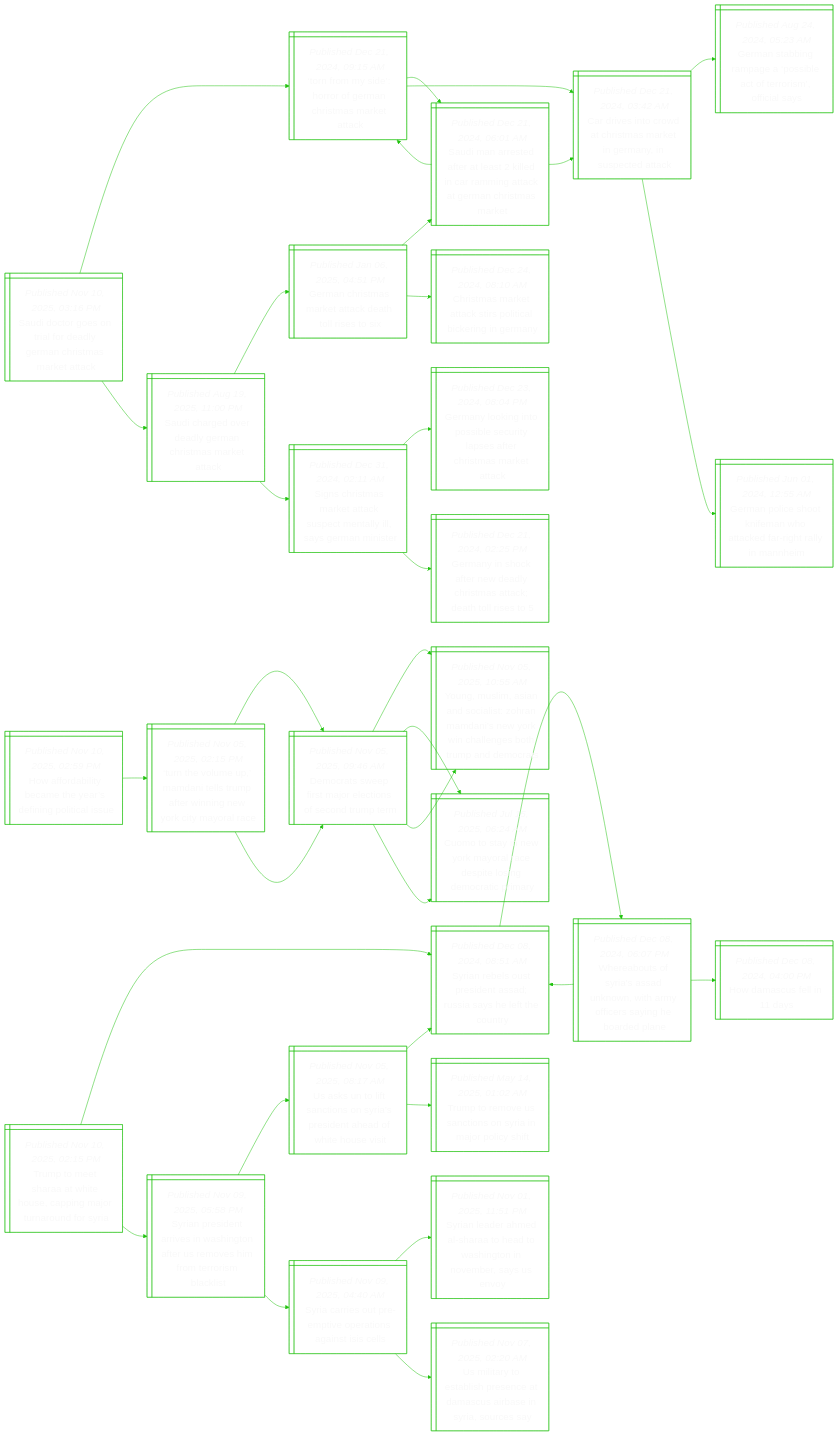
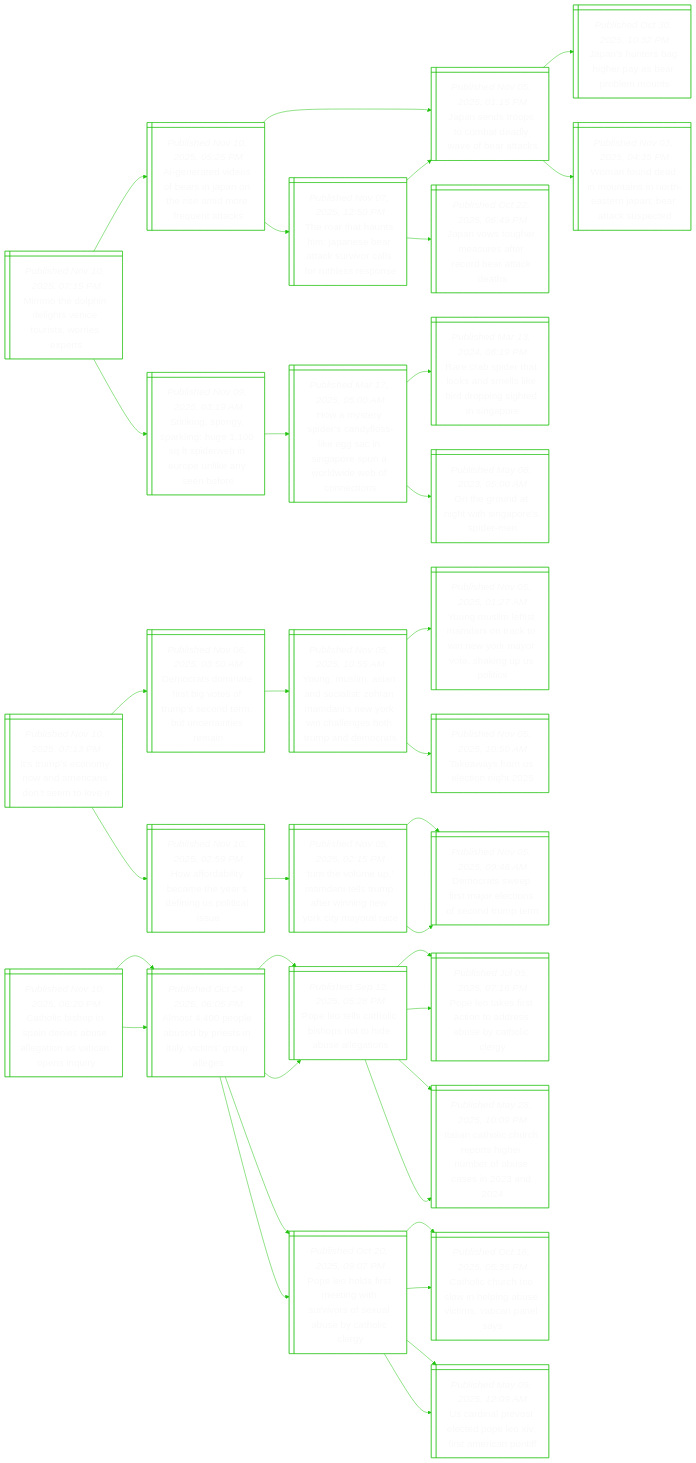
The diagram in README.md (notJmes/notJmes), drawn with Mermaid before and after one commit. The commit also changed other lines of this file, not shown here.

````diff
--- a/README.md
+++ b/README.md
@@ -16,112 +16,115 @@
 flowchart LR
 classDef txtsize font-size:20px;
 
-Sdroadyaisea@{ shape: win-pane, label: "_Published Nov 10, 2025, 03:16 PM_
-Saudi doctor goes on trial for deadly german christmas market attack" }
-Trsoomrakt@{ shape: win-pane, label: "_Published Dec 21, 2024, 09:15 AM_
-‘torn from my side’: horror of german christmas market attack" }
-SmrdralnagceCta@{ shape: win-pane, label: "_Published Dec 21, 2024, 06:01 AM_
-Saudi man arrested after at least 2 killed in car ramming attack at german christmas market" }
-CinoCtaimneak@{ shape: win-pane, label: "_Published Dec 21, 2024, 03:42 AM_
-Car drives into crowd at christmas market in germany, in suspected attack" }
-Trsoomrakt@{ shape: win-pane, label: "_Published Dec 21, 2024, 09:15 AM_
-‘torn from my side’: horror of german christmas market attack" }
-CinoCtaimneak@{ shape: win-pane, label: "_Published Dec 21, 2024, 03:42 AM_
-Car drives into crowd at christmas market in germany, in suspected attack" }
-Gnbaesatrfas@{ shape: win-pane, label: "_Published Aug 24, 2024, 05:23 AM_
-German stabbing rampage a ‘possible act of terrorism’, official says" }
-Gncofwtdianh@{ shape: win-pane, label: "_Published Jun 01, 2024, 12:55 AM_
-German police shoot knifeman who attacked far-right rally in mannheim" }
-Scerlmrakt@{ shape: win-pane, label: "_Published Aug 19, 2025, 11:00 PM_
-Saudi charged over deadly german christmas market attack" }
-Gnsmtctlsx@{ shape: win-pane, label: "_Published Jan 06, 2025, 04:51 PM_
-German christmas market attack death toll rises to six" }
-SmrdralnagceCta@{ shape: win-pane, label: "_Published Dec 21, 2024, 06:01 AM_
-Saudi man arrested after at least 2 killed in car ramming attack at german christmas market" }
-Ctaakstbrna@{ shape: win-pane, label: "_Published Dec 24, 2024, 08:10 AM_
-Christmas market attack stirs political bickering in germany" }
-SCtaakenyarie@{ shape: win-pane, label: "_Published Dec 31, 2024, 02:11 AM_
-Signs christmas market attack suspect mentally ill, says german minister" }
-GnknseraaCtaak@{ shape: win-pane, label: "_Published Dec 23, 2024, 08:04 PM_
-Germany looking into possible security lapses after christmas market attack" }
-Gnhfedraaale@{ shape: win-pane, label: "_Published Dec 21, 2024, 02:25 PM_
-Germany in shock after new deadly christmas attack; death toll rises to 5" }
+Mtldhnotrxs@{ shape: win-pane, label: "_Published Nov 10, 2025, 07:15 PM_
+Mimmo the dolphin delights venice tourists, worries experts" }
+Aedoenneaoetc@{ shape: win-pane, label: "_Published Nov 10, 2025, 05:25 PM_
+Ai-generated videos of bears in japan on the rise amid more frequent attacks" }
+Jstsmewfak@{ shape: win-pane, label: "_Published Nov 05, 2025, 01:15 PM_
+Japan sends troops to combat deadly wave of bear attacks" }
+Jsegearlu@{ shape: win-pane, label: "_Published Oct 30, 2025, 10:32 PM_
+Japan’s hunters bag higher pay as bear problem mounts" }
+Wfdntittaetut@{ shape: win-pane, label: "_Published Nov 03, 2025, 04:35 PM_
+Woman found dead in mountains in north-eastern japan; bear attack suspected" }
+TattJeaarrsusp@{ shape: win-pane, label: "_Published Nov 07, 2025, 12:50 PM_
+The roar that haunts him: japanese bear attack survivor calls for ruthless response" }
+Jvorufebtds@{ shape: win-pane, label: "_Published Oct 22, 2025, 06:49 PM_
+Japan vows tougher measures after record bear attack deaths" }
+Jstsmewfak@{ shape: win-pane, label: "_Published Nov 05, 2025, 01:15 PM_
+Japan sends troops to combat deadly wave of bear attacks" }
+Siopigteiolnnr@{ shape: win-pane, label: "_Published Nov 09, 2025, 03:19 AM_
+Stinking, spongy, sparkling: huge 1,100 sq ft spiderweb in europe unlike any seen before" }
+HyyenoksSppoibni@{ shape: win-pane, label: "_Published Mar 17, 2025, 05:00 AM_
+How a mystery spider’s candyfloss-like egg sac in singapore spun a worldwide web of connections" }
+Rrihodledigige@{ shape: win-pane, label: "_Published Mar 13, 2024, 08:19 PM_
+Rare crab spider that looks and smells like bird dropping sighted in singapore" }
+Ogdgtgedn@{ shape: win-pane, label: "_Published May 08, 2023, 05:00 AM_
+On the ground at night with singapore’s spider-men" }
 
-Sdroadyaisea:::txtsize --> Trsoomrakt:::txtsize
-Trsoomrakt:::txtsize --> SmrdralnagceCta:::txtsize
-SmrdralnagceCta:::txtsize --> CinoCtaimneak:::txtsize
-SmrdralnagceCta:::txtsize --> Trsoomrakt:::txtsize
-Trsoomrakt:::txtsize --> CinoCtaimneak:::txtsize
-CinoCtaimneak:::txtsize --> Gnbaesatrfas:::txtsize
-CinoCtaimneak:::txtsize --> Gncofwtdianh:::txtsize
-Sdroadyaisea:::txtsize --> Scerlmrakt:::txtsize
-Scerlmrakt:::txtsize --> Gnsmtctlsx:::txtsize
-Gnsmtctlsx:::txtsize --> SmrdralnagceCta:::txtsize
-Gnsmtctlsx:::txtsize --> Ctaakstbrna:::txtsize
-Scerlmrakt:::txtsize --> SCtaakenyarie:::txtsize
-SCtaakenyarie:::txtsize --> GnknseraaCtaak:::txtsize
-SCtaakenyarie:::txtsize --> Gnhfedraaale:::txtsize
+Mtldhnotrxs:::txtsize --> Aedoenneaoetc:::txtsize
+Aedoenneaoetc:::txtsize --> Jstsmewfak:::txtsize
+Jstsmewfak:::txtsize --> Jsegearlu:::txtsize
+Jstsmewfak:::txtsize --> Wfdntittaetut:::txtsize
+Aedoenneaoetc:::txtsize --> TattJeaarrsusp:::txtsize
+TattJeaarrsusp:::txtsize --> Jvorufebtds:::txtsize
+TattJeaarrsusp:::txtsize --> Jstsmewfak:::txtsize
+Mtldhnotrxs:::txtsize --> Siopigteiolnnr:::txtsize
+Siopigteiolnnr:::txtsize --> HyyenoksSppoibni:::txtsize
+HyyenoksSppoibni:::txtsize --> Rrihodledigige:::txtsize
+HyyenoksSppoibni:::txtsize --> Ogdgtgedn:::txtsize
 
-Hfbymydilau@{ shape: win-pane, label: "_Published Nov 10, 2025, 02:59 PM_
-How affordability became the year’s defining political issue" }
+Iucynrssoi@{ shape: win-pane, label: "_Published Nov 10, 2025, 07:13 PM_
+It’s trump’s economy now and americans don’t seem to love it" }
+Drotsvomcetrte@{ shape: win-pane, label: "_Published Nov 06, 2025, 03:50 AM_
+Democrats dominate first big votes of trump’s second term, but uncertainties remain" }
+YMmnoihaiYilehpea@{ shape: win-pane, label: "_Published Nov 05, 2025, 10:55 AM_
+Young, muslim, asian and socialist: zohran mamdani’s new york win challenges both trump and democrats" }
+YMmimociYaoauoc@{ shape: win-pane, label: "_Published Nov 05, 2025, 01:27 AM_
+Young muslim leftist mamdani on track to win new york mayor vote, shaking up us politics" }
+Twreig@{ shape: win-pane, label: "_Published Nov 05, 2025, 10:50 AM_
+Takeaways from us election night 2025" }
+Hfbymydipis@{ shape: win-pane, label: "_Published Nov 10, 2025, 02:59 PM_
+How affordability became the year’s defining us political issue" }
 ThuMnlmenekmae@{ shape: win-pane, label: "_Published Nov 05, 2025, 02:15 PM_
 ‘turn the volume up,’ mamdani tells trump after winning new york city mayoral race" }
 Drwialosdp@{ shape: win-pane, label: "_Published Nov 05, 2025, 09:46 AM_
 Democrats sweep first major elections of second trump term" }
-YMmnoihaiYilehpea@{ shape: win-pane, label: "_Published Nov 05, 2025, 10:55 AM_
-Young, muslim, asian and socialist: zohran mamdani’s new york win challenges both trump and democrats" }
-Ctywmaeiseary@{ shape: win-pane, label: "_Published Jul 15, 2025, 06:24 AM_
-Cuomo to stay in new york mayoral race despite losing democratic primary" }
 Drwialosdp@{ shape: win-pane, label: "_Published Nov 05, 2025, 09:46 AM_
 Democrats sweep first major elections of second trump term" }
-YMmnoihaiYilehpea@{ shape: win-pane, label: "_Published Nov 05, 2025, 10:55 AM_
-Young, muslim, asian and socialist: zohran mamdani’s new york win challenges both trump and democrats" }
-Ctywmaeiseary@{ shape: win-pane, label: "_Published Jul 15, 2025, 06:24 AM_
-Cuomo to stay in new york mayoral race despite losing democratic primary" }
 
-Hfbymydilau:::txtsize --> ThuMnlmenekmae:::txtsize
+Iucynrssoi:::txtsize --> Drotsvomcetrte:::txtsize
+Drotsvomcetrte:::txtsize --> YMmnoihaiYilehpea:::txtsize
+YMmnoihaiYilehpea:::txtsize --> YMmimociYaoauoc:::txtsize
+YMmnoihaiYilehpea:::txtsize --> Twreig:::txtsize
+Iucynrssoi:::txtsize --> Hfbymydipis:::txtsize
+Hfbymydipis:::txtsize --> ThuMnlmenekmae:::txtsize
 ThuMnlmenekmae:::txtsize --> Drwialosdp:::txtsize
-Drwialosdp:::txtsize --> YMmnoihaiYilehpea:::txtsize
-Drwialosdp:::txtsize --> Ctywmaeiseary:::txtsize
 ThuMnlmenekmae:::txtsize --> Drwialosdp:::txtsize
-Drwialosdp:::txtsize --> YMmnoihaiYilehpea:::txtsize
-Drwialosdp:::txtsize --> Ctywmaeiseary:::txtsize
 
-Tttahoagrady@{ shape: win-pane, label: "_Published Nov 10, 2025, 02:15 PM_
-Trump to meet sharaa at white house, capping major turnaround for syria" }
-SnltiARahtoy@{ shape: win-pane, label: "_Published Dec 08, 2024, 08:51 AM_
-Syrian rebels oust president assad; russia says he left the country" }
-Wasrsnnafriben@{ shape: win-pane, label: "_Published Dec 08, 2024, 06:07 PM_
-Whereabouts of syria's assad unknown, with army officers saying he boarded plane" }
-SnltiARahtoy@{ shape: win-pane, label: "_Published Dec 08, 2024, 08:51 AM_
-Syrian rebels oust president assad; russia says he left the country" }
-Hmsis@{ shape: win-pane, label: "_Published Dec 08, 2024, 04:00 PM_
-How damascus fell in 11 days" }
-SniaeagfSvmtrli@{ shape: win-pane, label: "_Published Nov 09, 2025, 05:58 PM_
-Syrian president arrives in washington after us removes him from terrorism blacklist" }
-UslaoSsiaotsi@{ shape: win-pane, label: "_Published Nov 05, 2025, 08:17 AM_
-Us asks un to lift sanctions on syria’s president ahead of white house visit" }
-SnltiARahtoy@{ shape: win-pane, label: "_Published Dec 08, 2024, 08:51 AM_
-Syrian rebels oust president assad; russia says he left the country" }
-Ttosinajlh@{ shape: win-pane, label: "_Published May 14, 2025, 01:02 AM_
-Trump to remove us sanctions on syria in major policy shift" }
-SceppotasSs@{ shape: win-pane, label: "_Published Nov 09, 2025, 04:40 AM_
-Syria carries out pre-emptive operations against isis cells" }
-SneehtdstNbyn@{ shape: win-pane, label: "_Published Nov 01, 2025, 11:51 PM_
-Syrian leader ahmed al-sharaa to head to washington in november, says us envoy" }
-Uitahetsierus@{ shape: win-pane, label: "_Published Nov 07, 2025, 02:20 AM_
-Us military to establish presence at damascus airbase in syria, sources say" }
+Clsnneseoansi@{ shape: win-pane, label: "_Published Nov 10, 2025, 06:20 PM_
+Catholic bishop in spain denies abuse allegation as vatican opens inquiry" }
+Atlspttispg@{ shape: win-pane, label: "_Published Oct 24, 2025, 06:05 PM_
+Almost 4,400 people abused by priests in italy, victims’ group alleges" }
+Pelhbpteegn@{ shape: win-pane, label: "_Published Sep 12, 2025, 05:28 PM_
+Pope leo tells catholic bishops not to hide abuse allegations" }
+Peesiassair@{ shape: win-pane, label: "_Published Jul 05, 2025, 07:16 PM_
+Pope leo takes first action to address abuse by catholic clergy" }
+IahChrguosen@{ shape: win-pane, label: "_Published May 28, 2025, 10:09 PM_
+Italian catholic church reports higher number of abuse cases in 2023 and 2024" }
+Pedstirreabhcy@{ shape: win-pane, label: "_Published Oct 20, 2025, 09:07 PM_
+Pope leo holds first meeting with survivors of sexual abuse by catholic clergy" }
+Cluowlavmiaa@{ shape: win-pane, label: "_Published Oct 16, 2025, 05:35 PM_
+Catholic church too slow in helping abuse victims, vatican panel says" }
+UdPscooimat@{ shape: win-pane, label: "_Published May 09, 2025, 12:09 AM_
+Us cardinal prevost elected pope leo xiv, first american pontiff" }
+Atlspttispg@{ shape: win-pane, label: "_Published Oct 24, 2025, 06:05 PM_
+Almost 4,400 people abused by priests in italy, victims’ group alleges" }
+Pelhbpteegn@{ shape: win-pane, label: "_Published Sep 12, 2025, 05:28 PM_
+Pope leo tells catholic bishops not to hide abuse allegations" }
+Peesiassair@{ shape: win-pane, label: "_Published Jul 05, 2025, 07:16 PM_
+Pope leo takes first action to address abuse by catholic clergy" }
+IahChrguosen@{ shape: win-pane, label: "_Published May 28, 2025, 10:09 PM_
+Italian catholic church reports higher number of abuse cases in 2023 and 2024" }
+Pedstirreabhcy@{ shape: win-pane, label: "_Published Oct 20, 2025, 09:07 PM_
+Pope leo holds first meeting with survivors of sexual abuse by catholic clergy" }
+Cluowlavmiaa@{ shape: win-pane, label: "_Published Oct 16, 2025, 05:35 PM_
+Catholic church too slow in helping abuse victims, vatican panel says" }
+UdPscooimat@{ shape: win-pane, label: "_Published May 09, 2025, 12:09 AM_
+Us cardinal prevost elected pope leo xiv, first american pontiff" }
 
-Tttahoagrady:::txtsize --> SnltiARahtoy:::txtsize
-SnltiARahtoy:::txtsize --> Wasrsnnafriben:::txtsize
-Wasrsnnafriben:::txtsize --> SnltiARahtoy:::txtsize
-Wasrsnnafriben:::txtsize --> Hmsis:::txtsize
-Tttahoagrady:::txtsize --> SniaeagfSvmtrli:::txtsize
-SniaeagfSvmtrli:::txtsize --> UslaoSsiaotsi:::txtsize
-UslaoSsiaotsi:::txtsize --> SnltiARahtoy:::txtsize
-UslaoSsiaotsi:::txtsize --> Ttosinajlh:::txtsize
-SniaeagfSvmtrli:::txtsize --> SceppotasSs:::txtsize
-SceppotasSs:::txtsize --> SneehtdstNbyn:::txtsize
-SceppotasSs:::txtsize --> Uitahetsierus:::txtsize
+Clsnneseoansi:::txtsize --> Atlspttispg:::txtsize
+Atlspttispg:::txtsize --> Pelhbpteegn:::txtsize
+Pelhbpteegn:::txtsize --> Peesiassair:::txtsize
+Pelhbpteegn:::txtsize --> IahChrguosen:::txtsize
+Atlspttispg:::txtsize --> Pedstirreabhcy:::txtsize
+Pedstirreabhcy:::txtsize --> Cluowlavmiaa:::txtsize
+Pedstirreabhcy:::txtsize --> UdPscooimat:::txtsize
+Clsnneseoansi:::txtsize --> Atlspttispg:::txtsize
+Atlspttispg:::txtsize --> Pelhbpteegn:::txtsize
+Pelhbpteegn:::txtsize --> Peesiassair:::txtsize
+Pelhbpteegn:::txtsize --> IahChrguosen:::txtsize
+Atlspttispg:::txtsize --> Pedstirreabhcy:::txtsize
+Pedstirreabhcy:::txtsize --> Cluowlavmiaa:::txtsize
+Pedstirreabhcy:::txtsize --> UdPscooimat:::txtsize
 
 ```
````
